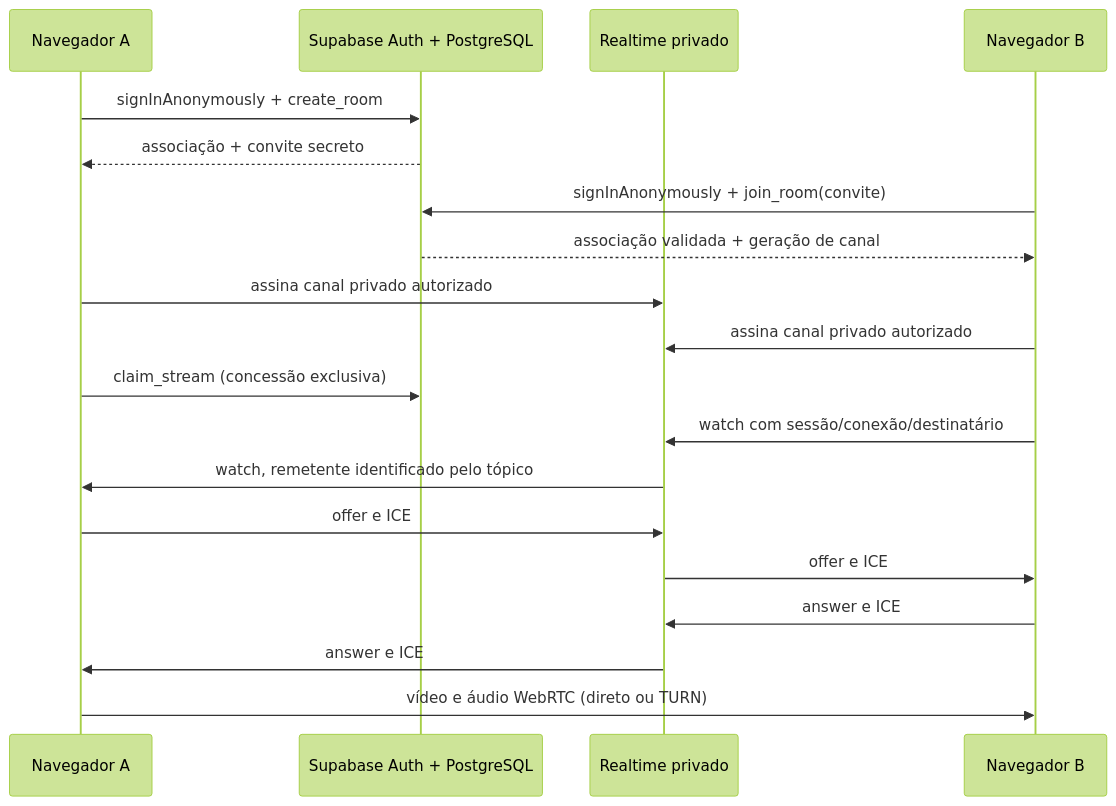
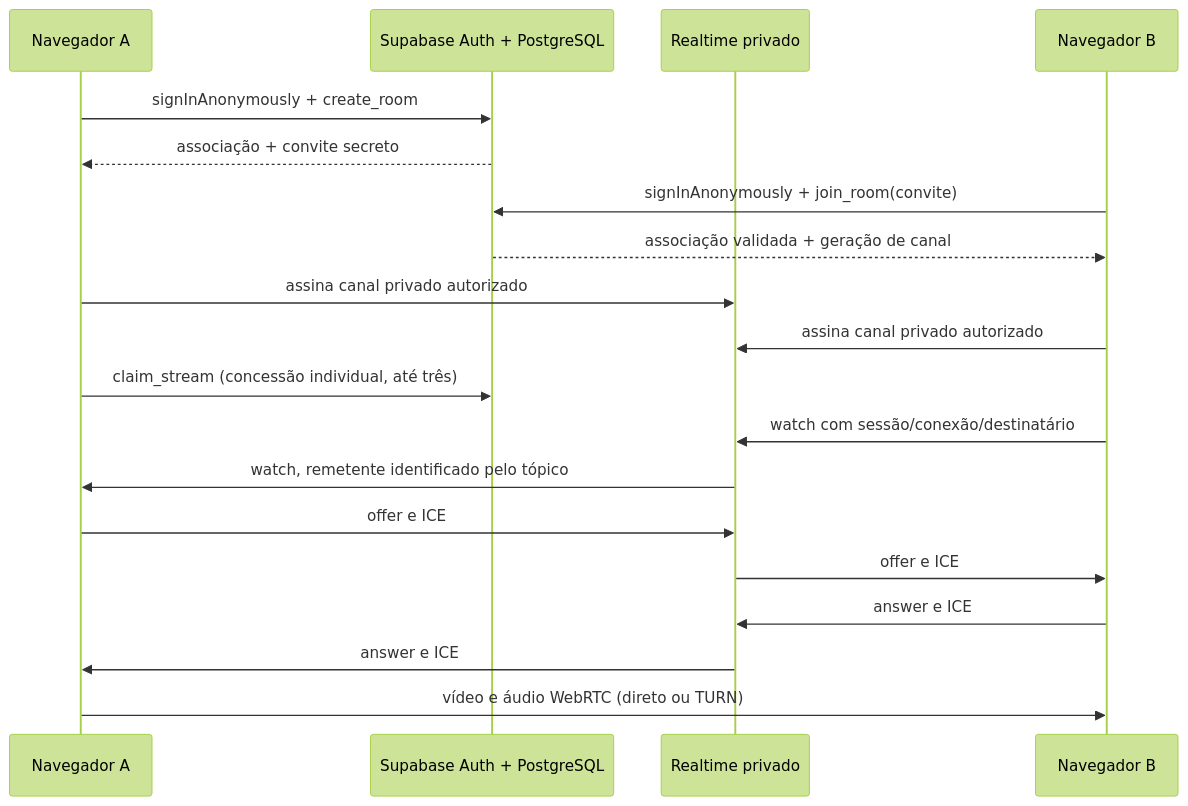
One commit to RtyC77/streamline changed the diagram in docs/ARQUITETURA.md. Above: the diagram before and after it, drawn with Mermaid (forest theme). The commit also changed other lines of this file and 31 other files, not shown here.

Commit message:
Suporta três telas com seleção individual, prévias P2P e perfis 480p/720p a 24/30 FPS

````diff
--- a/docs/ARQUITETURA.md
+++ b/docs/ARQUITETURA.md
@@ -7,21 +9,21 @@
 ```mermaid
 sequenceDiagram
   participant A as Navegador A
   participant S as Supabase Auth + PostgreSQL
   participant R as Realtime privado
   participant B as Navegador B
   A->>S: signInAnonymously + create_room
   S-->>A: associação + convite secreto
   B->>S: signInAnonymously + join_room(convite)
   S-->>B: associação validada + geração de canal
   A->>R: assina canal privado autorizado
   B->>R: assina canal privado autorizado
-  A->>S: claim_stream (concessão exclusiva)
+  A->>S: claim_stream (concessão individual, até três)
   B->>R: watch com sessão/conexão/destinatário
   R->>A: watch, remetente identificado pelo tópico
   A->>R: offer e ICE
   R->>B: offer e ICE
   B->>R: answer e ICE
   R->>A: answer e ICE
   A->>B: vídeo e áudio WebRTC (direto ou TURN)
 ```
````
